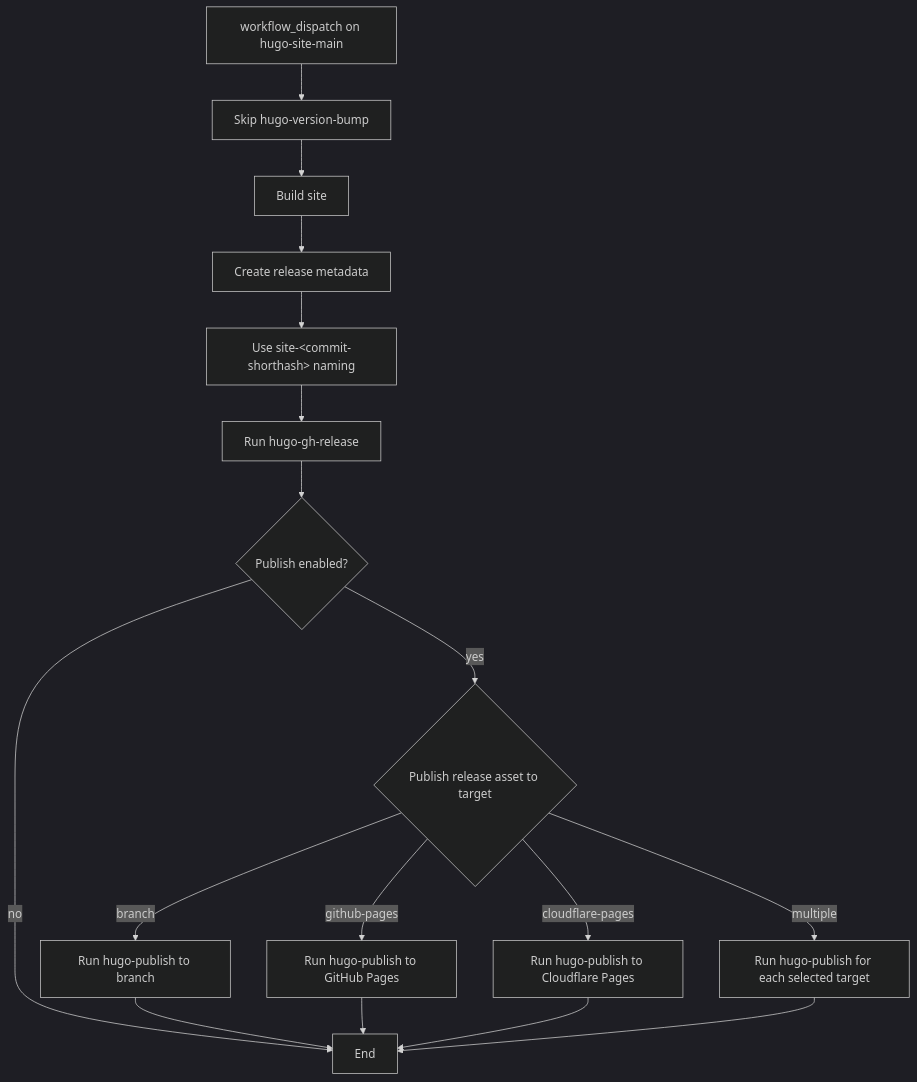
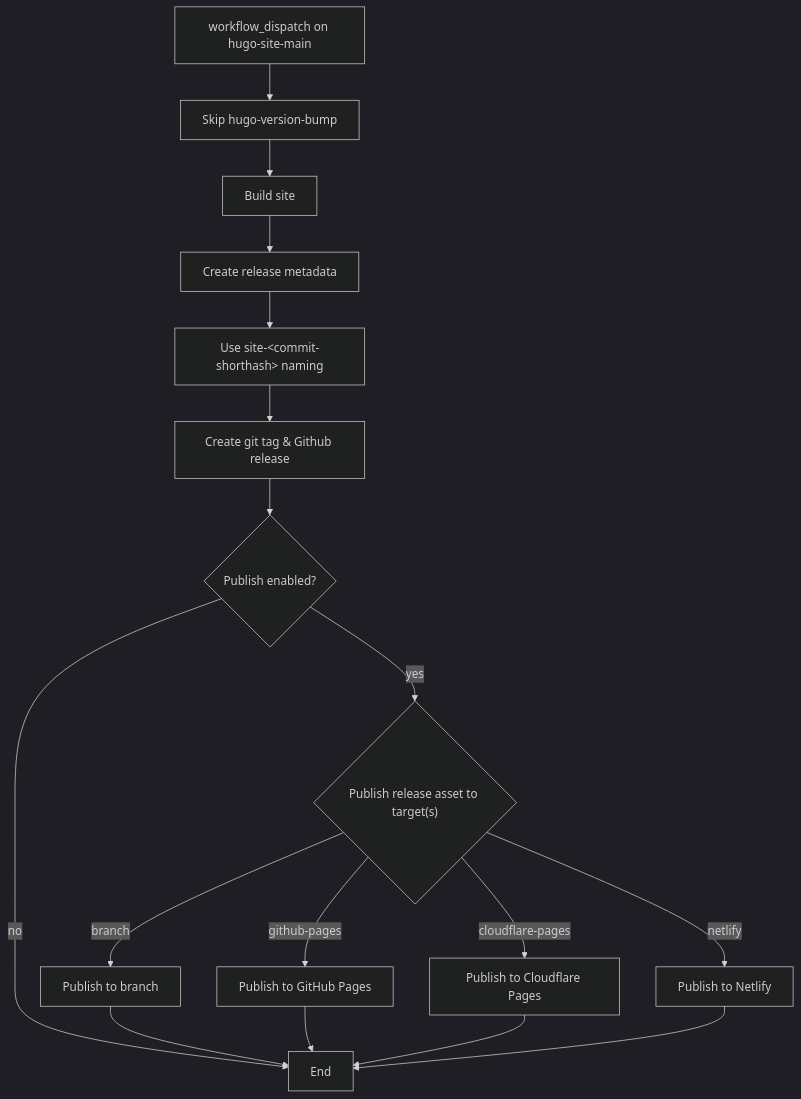
The second of 2 diagrams in docs/ci-cd/github-actions/workflows/hugo-site-main/README.md (redjax/PipelineTemplates), drawn with Mermaid (dark theme) before and after one commit. The commit also changed other lines of this file and 19 other files, not shown here.

````diff
--- a/docs/ci-cd/github-actions/workflows/hugo-site-main/README.md
+++ b/docs/ci-cd/github-actions/workflows/hugo-site-main/README.md
@@ -136,21 +142,21 @@
 ```mermaid
 flowchart TD
   A[workflow_dispatch on hugo-site-main] --> B[Skip hugo-version-bump]
   B --> C[Build site]
   C --> D[Create release metadata]
   D --> E[Use site-&ltcommit-shorthash&gt naming]
-  E --> F[Run hugo-gh-release]
+  E --> F[Create git tag & Github release]
   F --> G{Publish enabled?}
   G -->|no| H[End]
-  G -->|yes| I{Publish release asset to target}
+  G -->|yes| I{"Publish release asset to target(s)"}
 
-  I -->|branch| J[Run hugo-publish to branch]
-  I -->|github-pages| K[Run hugo-publish to GitHub Pages]
-  I -->|cloudflare-pages| L[Run hugo-publish to Cloudflare Pages]
-  I -->|multiple| M[Run hugo-publish for each selected target]
+  I -->|branch| J[Publish to branch]
+  I -->|github-pages| K[Publish to GitHub Pages]
+  I -->|cloudflare-pages| L[Publish to Cloudflare Pages]
+  I -->|netlify| M[Publish to Netlify]
 
   J --> H[End]
   K --> H
   L --> H
   M --> H
 ```
````
